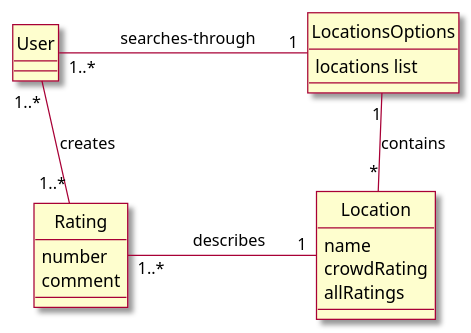
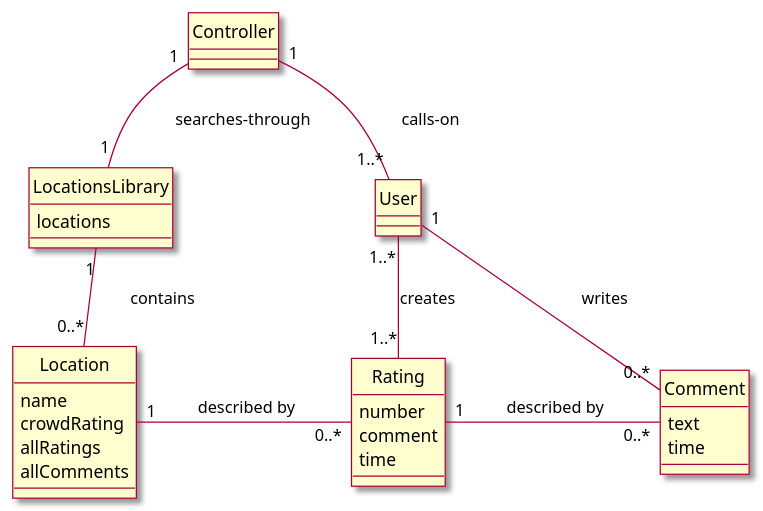
The first of 6 diagrams in intellij/documentation/design.md (manoushpajouh/Vassar-Crowdmeter), drawn with PlantUML before and after one commit. The commit also changed other lines of this file and 32 other files, not shown here.

Commit message:
updating the readme document and the design document to include new changes graphically

````diff
--- a/intellij/documentation/design.md
+++ b/intellij/documentation/design.md
@@ -2,36 +2,51 @@
 ```plantuml
 @startuml
 
 skin rose 
 
 hide circle 
 hide circle 
 
 ' classes 
 
-class User{
+class Controller{
 }
 
-class Rating{
-number
-comment
-}
-
-class LocationsOptions{
-locations list
+class LocationsLibrary{
+locations 
 }
 
 class Location{
 name
 crowdRating
 allRatings
+allComments
 }
 
+class Rating{
+number
+comment
+time
+}
+
+class Comment{
+text 
+time
+}
+
+
 ' associations 
-Rating "1..*"  - "1" Location : \t describes \t
+
+LocationsLibrary "1" -down- "0..*" Location : \t contains
+Location "1" - "0..*" Rating : \t described by \t
+Rating "1" - "0..*" Comment : \t described by \t
+
+
+User "1..*" -left- "1" Controller: \t calls-on\t
+User "1" - "0..*" Comment: \t writes \t
+Controller "1" -- "1" LocationsLibrary: \t searches-through \t
 User "1..*" -- "1..*" Rating : creates
-LocationsOptions "1" -down- "*" Location : contains
-User "1..*" -right- "1" LocationsOptions: \t searches-through\t
+
 
 @enduml
 ```
````
